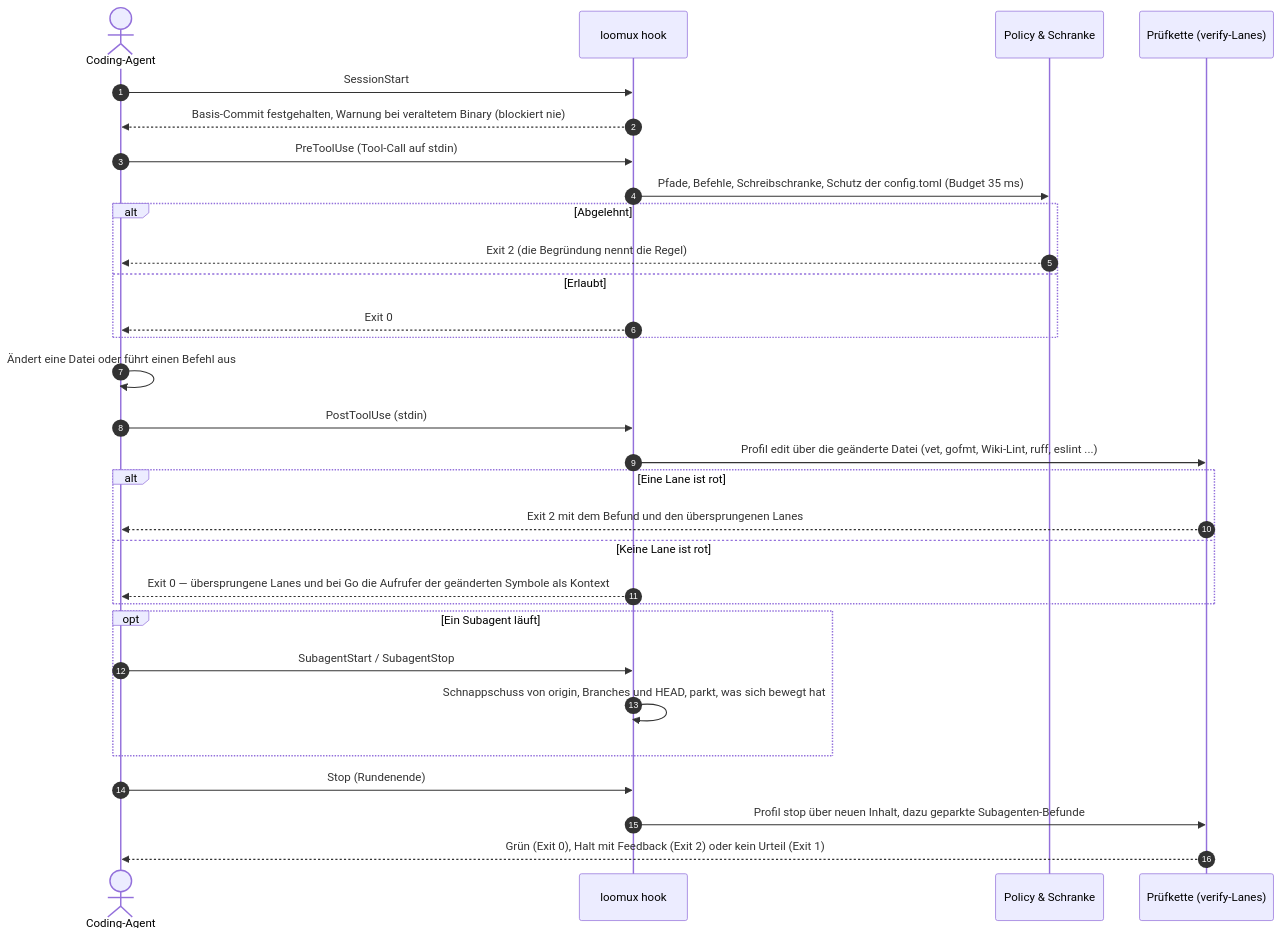
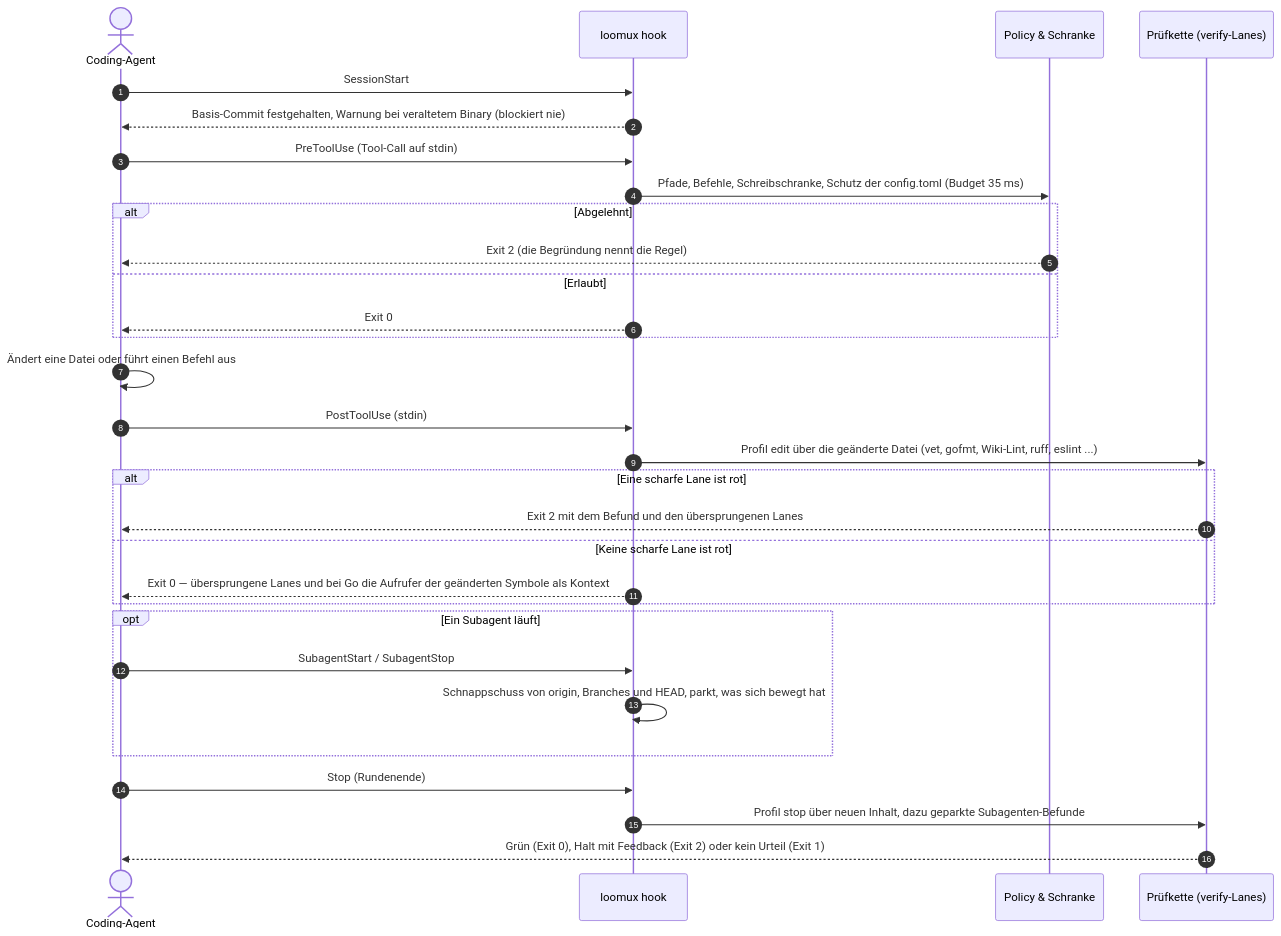
Before and after one commit to xidus90/loomux: the second of 3 diagrams in README.de.md, drawn with Mermaid. The commit also changed other lines of this file and 9 other files, not shown here.

````diff
--- a/README.de.md
+++ b/README.de.md
@@ -59,38 +59,38 @@
 ```mermaid
 sequenceDiagram
     autonumber
     actor Agent as Coding-Agent
     participant Hook as loomux hook
     participant Policy as Policy & Schranke
     participant Verify as Prüfkette (verify-Lanes)
 
     Agent->>Hook: SessionStart
     Hook-->>Agent: Basis-Commit festgehalten, Warnung bei veraltetem Binary (blockiert nie)
 
     Agent->>Hook: PreToolUse (Tool-Call auf stdin)
     Hook->>Policy: Pfade, Befehle, Schreibschranke, Schutz der config.toml (Budget 35 ms)
     alt Abgelehnt
         Policy-->>Agent: Exit 2 (die Begründung nennt die Regel)
     else Erlaubt
         Hook-->>Agent: Exit 0
     end
 
     Agent->>Agent: Ändert eine Datei oder führt einen Befehl aus
 
     Agent->>Hook: PostToolUse (stdin)
     Hook->>Verify: Profil edit über die geänderte Datei (vet, gofmt, Wiki-Lint, ruff, eslint ...)
-    alt Eine Lane ist rot
+    alt Eine scharfe Lane ist rot
         Verify-->>Agent: Exit 2 mit dem Befund und den übersprungenen Lanes
-    else Keine Lane ist rot
+    else Keine scharfe Lane ist rot
         Hook-->>Agent: Exit 0 — übersprungene Lanes und bei Go die Aufrufer der geänderten Symbole als Kontext
     end
 
     opt Ein Subagent läuft
         Agent->>Hook: SubagentStart / SubagentStop
         Hook->>Hook: Schnappschuss von origin, Branches und HEAD, parkt, was sich bewegt hat
     end
 
     Agent->>Hook: Stop (Rundenende)
     Hook->>Verify: Profil stop über neuen Inhalt, dazu geparkte Subagenten-Befunde
     Verify-->>Agent: Grün (Exit 0), Halt mit Feedback (Exit 2) oder kein Urteil (Exit 1)
 ```
````
